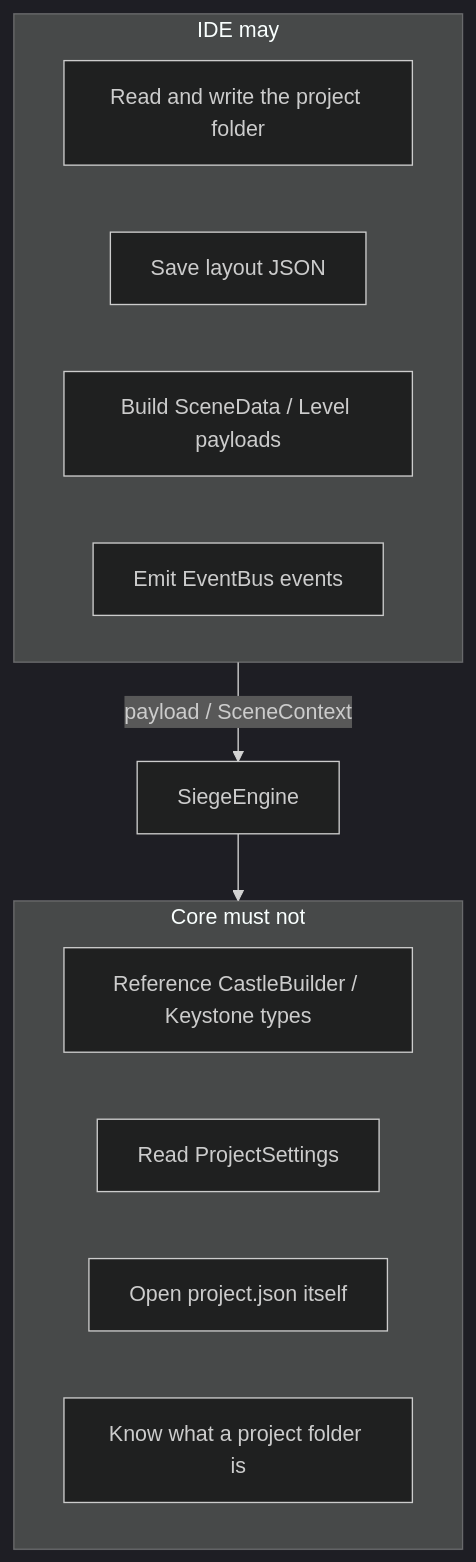
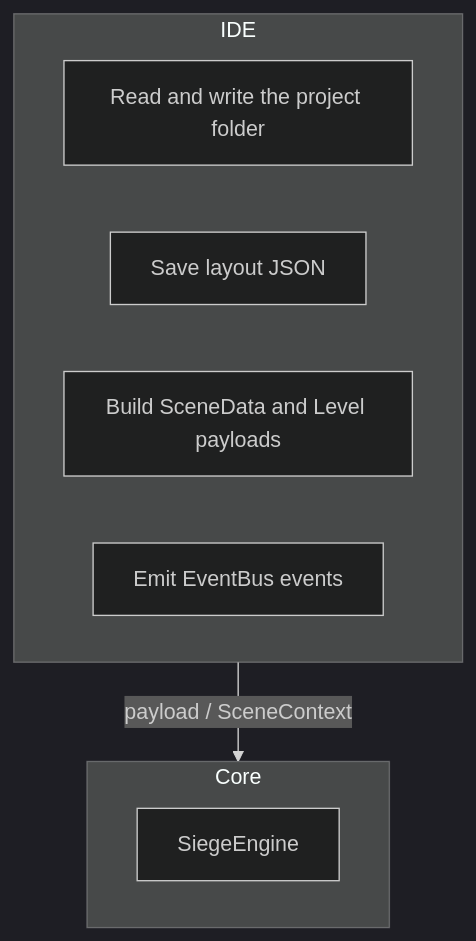
Before and after one commit to ireakhavok/Castle: the first of 3 diagrams in docs/BOUNDARIES.md, drawn with Mermaid. The commit also changed other lines of this file and 6 other files, not shown here.

````diff
--- a/docs/BOUNDARIES.md
+++ b/docs/BOUNDARIES.md
@@ -5,18 +3,14 @@
 ```mermaid
 %%{init: {'theme':'dark'}}%%
 flowchart TB
-  subgraph Allowed["IDE may"]
+  subgraph Allowed["IDE"]
     A1[Read and write the project folder]
     A2[Save layout JSON]
-    A3[Build SceneData / Level payloads]
+    A3[Build SceneData and Level payloads]
     A4[Emit EventBus events]
   end
-  subgraph Forbidden["Core must not"]
-    F1[Reference CastleBuilder / Keystone types]
-    F2[Read ProjectSettings]
-    F3[Open project.json itself]
-    F4[Know what a project folder is]
+  subgraph CoreBox["Core"]
+    C1[SiegeEngine]
   end
-  Allowed -->|"payload / SceneContext"| Core[SiegeEngine]
-  Core --> Forbidden
+  Allowed -->|payload / SceneContext| CoreBox
 ```
````
